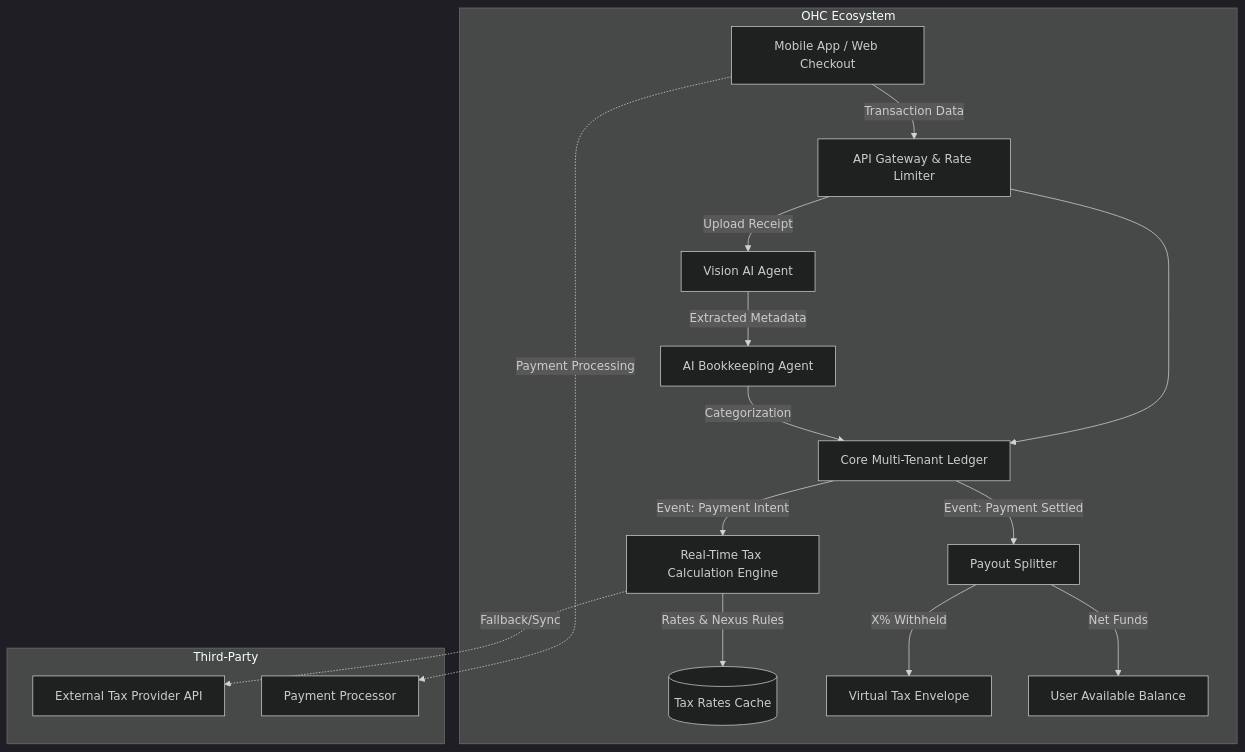
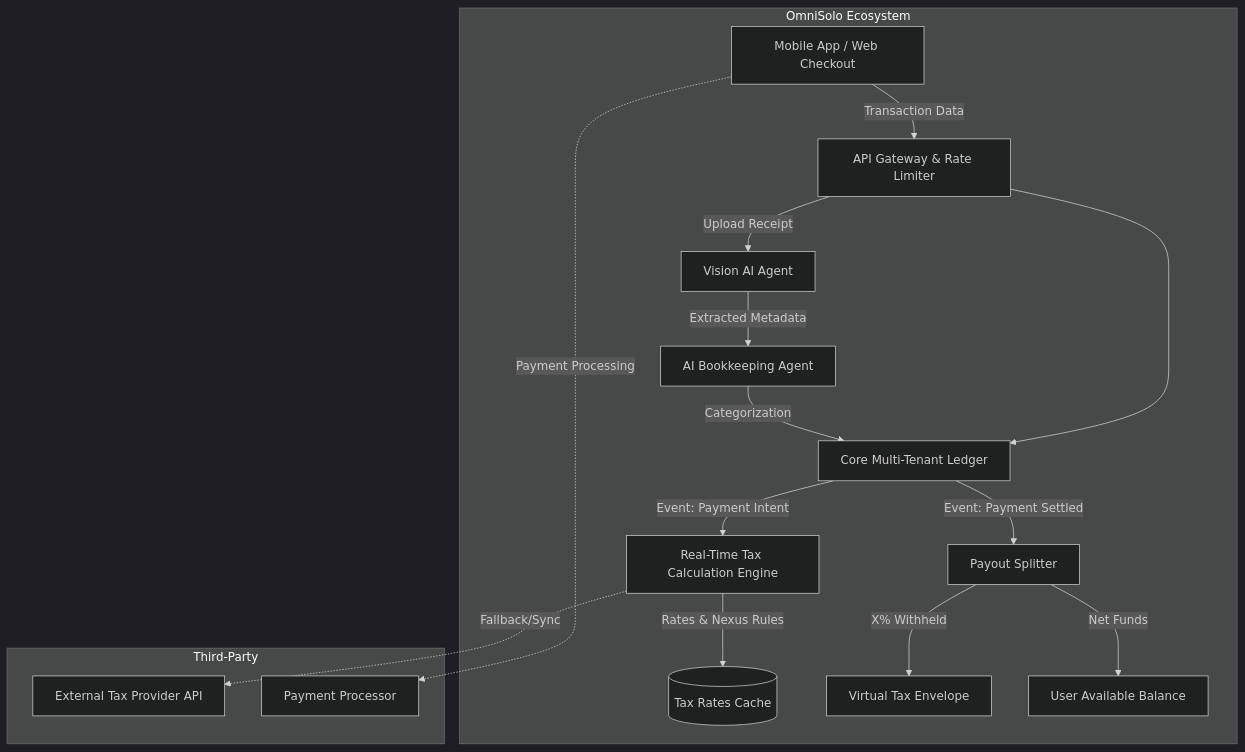
Before and after one commit to omnisolo-llc/onehumancorp: the diagram in docs/research/[architecture]_invisible_real_time_tax_and_ai_bookkeeping_engine.md, drawn with Mermaid (dark theme). The commit also changed other lines of this file and 2191 other files, not shown here.

Commit message:
feat: complete OmniSolo rename and browser audit

````diff
--- a/docs/research/[architecture]_invisible_real_time_tax_and_ai_bookkeeping_engine.md
+++ b/docs/research/[architecture]_invisible_real_time_tax_and_ai_bookkeeping_engine.md
@@ -23,23 +23,23 @@
 ```mermaid
 graph TD
-    subgraph OHC Ecosystem
+    subgraph OmniSolo Ecosystem
         App[Mobile App / Web Checkout] --> |Transaction Data| Gateway[API Gateway & Rate Limiter]
         Gateway --> Ledger[Core Multi-Tenant Ledger]
 
         Ledger --> |Event: Payment Intent| TaxEngine[Real-Time Tax Calculation Engine]
         TaxEngine --> |Rates & Nexus Rules| TaxDB[(Tax Rates Cache)]
 
         Ledger --> |Event: Payment Settled| PayoutSplitter[Payout Splitter]
         PayoutSplitter --> |X% Withheld| TaxEnvelope[Virtual Tax Envelope]
         PayoutSplitter --> |Net Funds| UserWallet[User Available Balance]
 
         Gateway --> |Upload Receipt| VisionAI[Vision AI Agent]
         VisionAI --> |Extracted Metadata| Bookkeeping[AI Bookkeeping Agent]
         Bookkeeping --> |Categorization| Ledger
     end
 
     subgraph Third-Party
         TaxEngine -.-> |Fallback/Sync| Avalara_TaxJar[External Tax Provider API]
         App -.-> |Payment Processing| Stripe_Adyen[Payment Processor]
     end
 ```
````
